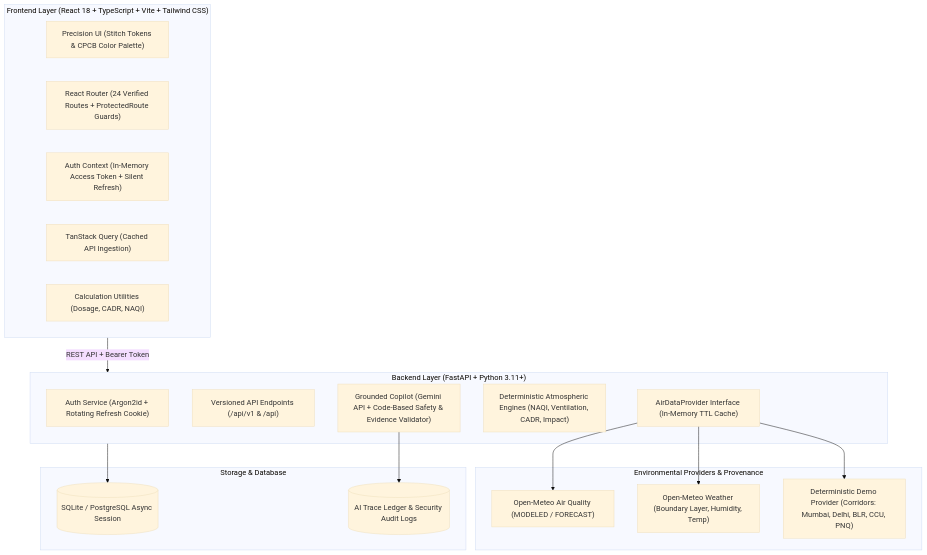
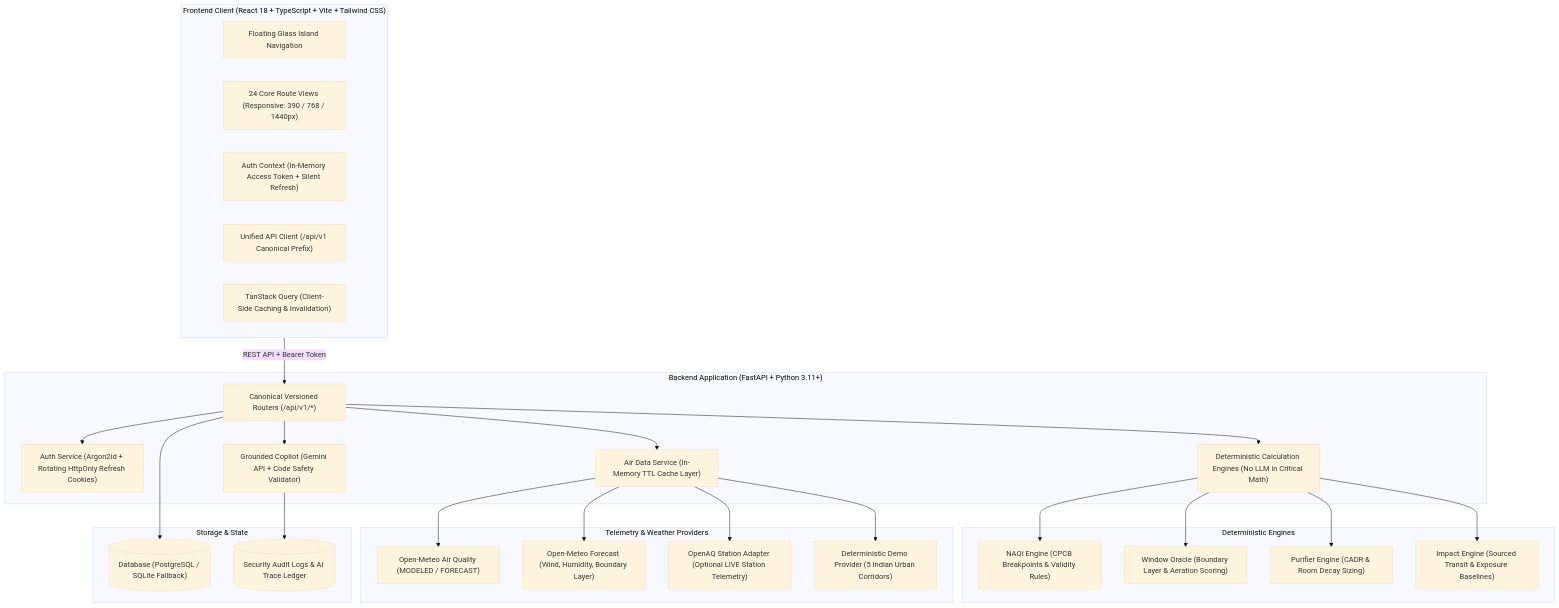
One commit to mrigeshkoyande/breatheiq changed the diagram in README.md. Above: the diagram before and after it, drawn with Mermaid (base theme). The commit also changed other lines of this file, not shown here.

Commit message:
docs: generate detailed truthful README with architecture and test matrix

````diff
--- a/README.md
+++ b/README.md
@@ -50,36 +51,53 @@
 ```mermaid
 graph TD
-    subgraph Frontend["Frontend Layer (React 18 + TypeScript + Vite + Tailwind CSS)"]
-        UI["Precision UI (Stitch Tokens & CPCB Color Palette)"]
-        ROUTER["React Router (24 Verified Routes + ProtectedRoute Guards)"]
-        AUTH_CTX["Auth Context (In-Memory Access Token + Silent Refresh)"]
-        QUERY["TanStack Query (Cached API Ingestion)"]
-        UTILS["Calculation Utilities (Dosage, CADR, NAQI)"]
+    subgraph Frontend["Frontend Client (React 18 + TypeScript + Vite + Tailwind CSS)"]
+        NAV["Floating Glass Island Navigation"]
+        PAGES["24 Core Route Views (Responsive: 390 / 768 / 1440px)"]
+        AUTH_STATE["Auth Context (In-Memory Access Token + Silent Refresh)"]
+        API_CLIENT["Unified API Client (/api/v1 Canonical Prefix)"]
+        REACT_QUERY["TanStack Query (Client-Side Caching & Invalidation)"]
     end
 
-    subgraph Backend["Backend Layer (FastAPI + Python 3.11+)"]
-        AUTH_SVC["Auth Service (Argon2id + Rotating Refresh Cookie)"]
-        API_ROUTER["Versioned API Endpoints (/api/v1 & /api)"]
-        DATA_LAYER["AirDataProvider Interface (In-Memory TTL Cache)"]
-        ENGINES["Deterministic Atmospheric Engines (NAQI, Ventilation, CADR, Impact)"]
-        COPILOT["Grounded Copilot (Gemini API + Code-Based Safety & Evidence Validator)"]
+    subgraph Backend["Backend Application (FastAPI + Python 3.11+)"]
+        API_ROUTERS["Canonical Versioned Routers (/api/v1/*)"]
+        AUTH_ENGINE["Auth Service (Argon2id + Rotating HttpOnly Refresh Cookies)"]
+        ORCHESTRATOR["Air Data Service (In-Memory TTL Cache Layer)"]
+        DETERMINISTIC["Deterministic Calculation Engines (No LLM in Critical Math)"]
+        AI_COPILOT["Grounded Copilot (Gemini API + Code Safety Validator)"]
     end
 
-    subgraph DataSources["Environmental Providers & Provenance"]
-        OPENMETEO_AQ["Open-Meteo Air Quality (MODELED / FORECAST)"]
-        OPENMETEO_WX["Open-Meteo Weather (Boundary Layer, Humidity, Temp)"]
-        DEMO_PROV["Deterministic Demo Provider (Corridors: Mumbai, Delhi, BLR, CCU, PNQ)"]
+    subgraph Engines["Deterministic Engines"]
+        ENG_NAQI["NAQI Engine (CPCB Breakpoints & Validity Rules)"]
+        ENG_VENT["Window Oracle (Boundary Layer & Aeration Scoring)"]
+        ENG_PURIFIER["Purifier Engine (CADR & Room Decay Sizing)"]
+        ENG_IMPACT["Impact Engine (Sourced Transit & Exposure Baselines)"]
     end
 
-    subgraph Persistence["Storage & Database"]
-        DB[(SQLite / PostgreSQL Async Session)]
-        AI_TRACES[("AI Trace Ledger & Security Audit Logs")]
+    subgraph Sources["Telemetry & Weather Providers"]
+        OPENMETEO_AQ["Open-Meteo Air Quality (MODELED / FORECAST)"]
+        OPENMETEO_WX["Open-Meteo Forecast (Wind, Humidity, Boundary Layer)"]
+        OPENAQ_STATION["OpenAQ Station Adapter (Optional LIVE Station Telemetry)"]
+        OFFLINE_DEMO["Deterministic Demo Provider (5 Indian Urban Corridors)"]
     end
 
-    Frontend -->|REST API + Bearer Token| Backend
-    DATA_LAYER --> OPENMETEO_AQ
-    DATA_LAYER --> OPENMETEO_WX
-    DATA_LAYER --> DEMO_PROV
-    Backend --> DB
-    COPILOT --> AI_TRACES
+    subgraph Persistence["Storage & State"]
+        DATABASE[("Database (PostgreSQL / SQLite Fallback)")]
+        AUDIT_STORE[("Security Audit Logs & AI Trace Ledger")]
+    end
+
+    Frontend -->|REST API + Bearer Token| API_ROUTERS
+    API_ROUTERS --> AUTH_ENGINE
+    API_ROUTERS --> DETERMINISTIC
+    API_ROUTERS --> AI_COPILOT
+    DETERMINISTIC --> ENG_NAQI
+    DETERMINISTIC --> ENG_VENT
+    DETERMINISTIC --> ENG_PURIFIER
+    DETERMINISTIC --> ENG_IMPACT
+    API_ROUTERS --> ORCHESTRATOR
+    ORCHESTRATOR --> OPENMETEO_AQ
+    ORCHESTRATOR --> OPENMETEO_WX
+    ORCHESTRATOR --> OPENAQ_STATION
+    ORCHESTRATOR --> OFFLINE_DEMO
+    API_ROUTERS --> DATABASE
+    AI_COPILOT --> AUDIT_STORE
 ```
````
